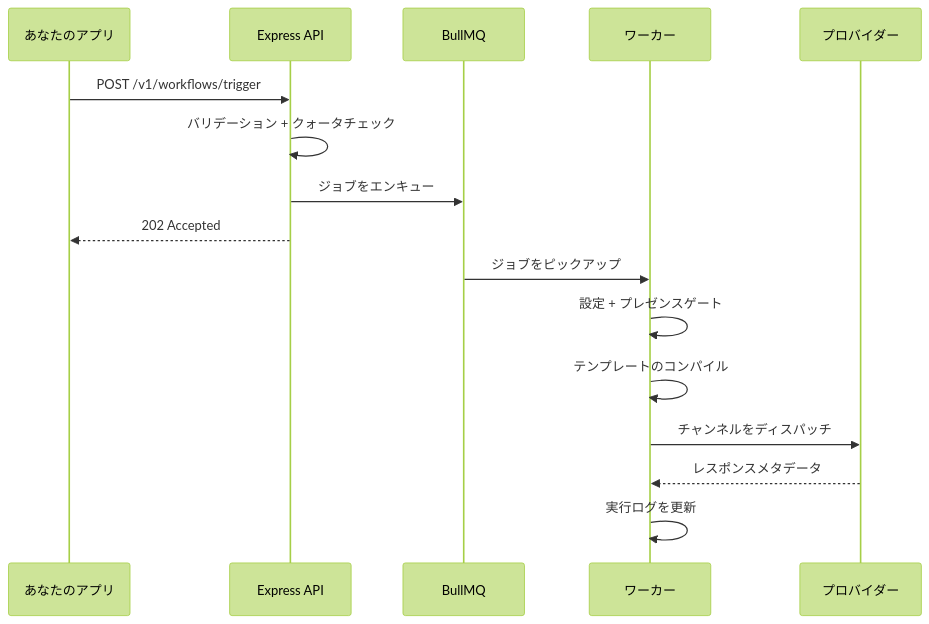
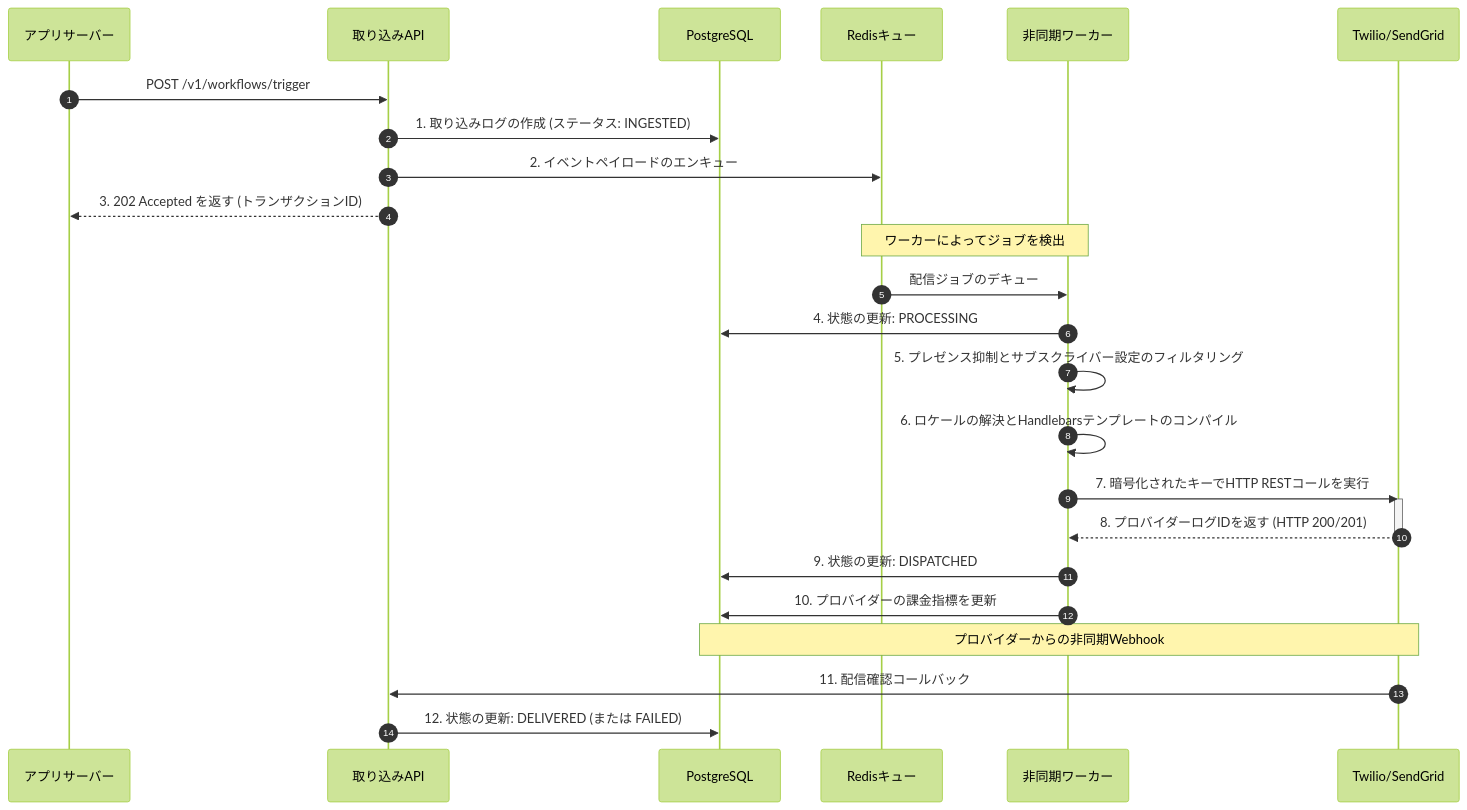
The diagram in content/docs/ja/platform/concepts/delivery-pipeline.mdx (KriyanshKhunt/nexus_docs), drawn with Mermaid (forest theme) before and after one commit. The commit also changed other lines of this file and 23 other files, not shown here.

````diff
--- a/content/docs/ja/platform/concepts/delivery-pipeline.mdx
+++ b/content/docs/ja/platform/concepts/delivery-pipeline.mdx
@@ -8,19 +16,32 @@
 ```mermaid
 sequenceDiagram
-  participant App as あなたのアプリ
-  participant API as Express API
-  participant Q as BullMQ
-  participant W as ワーカー
-  participant P as プロバイダー
+    autonumber
+    participant App as アプリサーバー
+    participant API as 取り込みAPI
+    participant DB as PostgreSQL
+    participant Q as Redisキュー
+    participant W as 非同期ワーカー
+    participant Carrier as Twilio/SendGrid
 
-  App->>API: POST /v1/workflows/trigger
-  API->>API: バリデーション + クォータチェック
-  API->>Q: ジョブをエンキュー
-  API-->>App: 202 Accepted
-  Q->>W: ジョブをピックアップ
-  W->>W: 設定 + プレゼンスゲート
-  W->>W: テンプレートのコンパイル
-  W->>P: チャンネルをディスパッチ
-  P-->>W: レスポンスメタデータ
-  W->>W: 実行ログを更新
+    App->>API: POST /v1/workflows/trigger
+    API->>DB: 1. 取り込みログの作成 (ステータス: INGESTED)
+    API->>Q: 2. イベントペイロードのエンキュー
+    API-->>App: 3. 202 Accepted を返す (トランザクションID)
+
+    Note over Q, W: ワーカーによってジョブを検出
+    Q->>W: 配信ジョブのデキュー
+    W->>DB: 4. 状態の更新: PROCESSING
+    W->>W: 5. プレゼンス抑制とサブスクライバー設定のフィルタリング
+    W->>W: 6. ロケールの解決とHandlebarsテンプレートのコンパイル
+    W->>Carrier: 7. 暗号化されたキーでHTTP RESTコールを実行
+    activate Carrier
+    Carrier-->>W: 8. プロバイダーログIDを返す (HTTP 200/201)
+    deactivate Carrier
+
+    W->>DB: 9. 状態の更新: DISPATCHED
+    W->>DB: 10. プロバイダーの課金指標を更新
+
+    Note over Carrier, DB: プロバイダーからの非同期Webhook
+    Carrier->>API: 11. 配信確認コールバック
+    API->>DB: 12. 状態の更新: DELIVERED (または FAILED)
 ```
````
